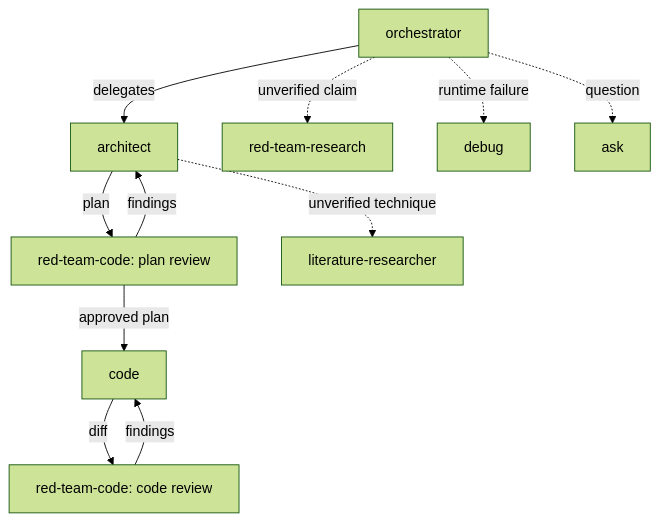
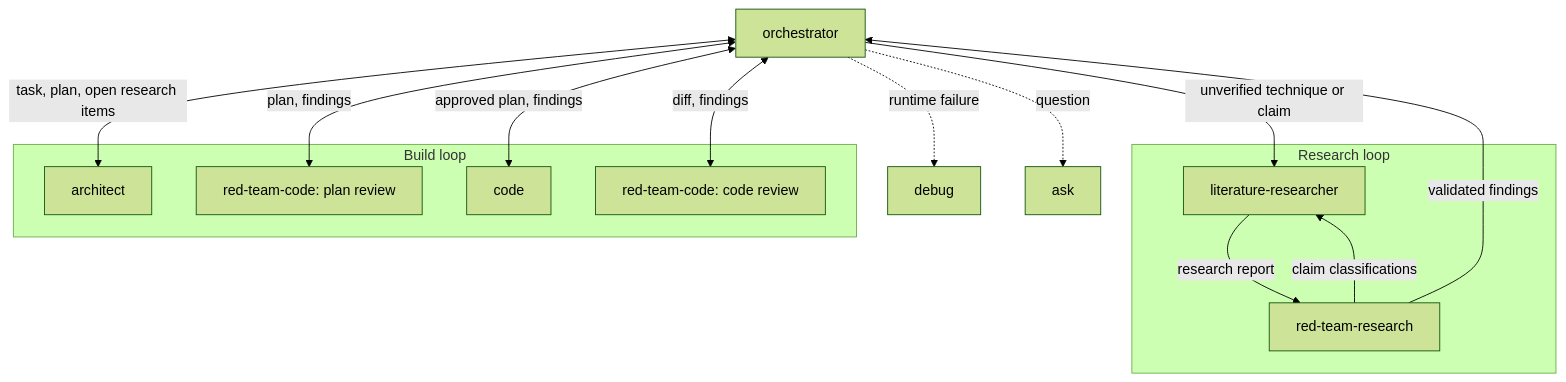
One commit to Sea-Meets-the-Stars/multi-agentic-setup changed the diagram in README.md. Above: the diagram before and after it, drawn with Mermaid (forest theme). The commit also changed other lines of this file and 8 other files, not shown here.

Commit message:
Update models to use, update diagram, clarify research loops, clean up prompts some

````diff
--- a/README.md
+++ b/README.md
@@ -22,13 +22,27 @@
 ```mermaid
 flowchart TD
-    O[orchestrator] -->|delegates| A[architect]
-    A -->|plan| RP[red-team-code: plan review]
-    RP -->|findings| A
-    RP -->|approved plan| C[code]
-    C -->|diff| RC[red-team-code: code review]
-    RC -->|findings| C
-    A -.->|unverified technique| L[literature-researcher]
-    O -.->|unverified claim| RR[red-team-research]
+    O[orchestrator]
+
+    subgraph Research loop
+        L[literature-researcher]
+        RR[red-team-research]
+        L -->|research report| RR
+        RR -->|claim classifications| L
+    end
+
+    subgraph Build loop
+        A[architect]
+        RP[red-team-code: plan review]
+        C[code]
+        RC[red-team-code: code review]
+    end
+
+    O -->|unverified technique or claim| L
+    RR -->|validated findings| O
+    O <-->|task, plan, open research items| A
+    O <-->|plan, findings| RP
+    O <-->|approved plan, findings| C
+    O <-->|diff, findings| RC
     O -.->|runtime failure| D[debug]
     O -.->|question| Q[ask]
 ```
````
